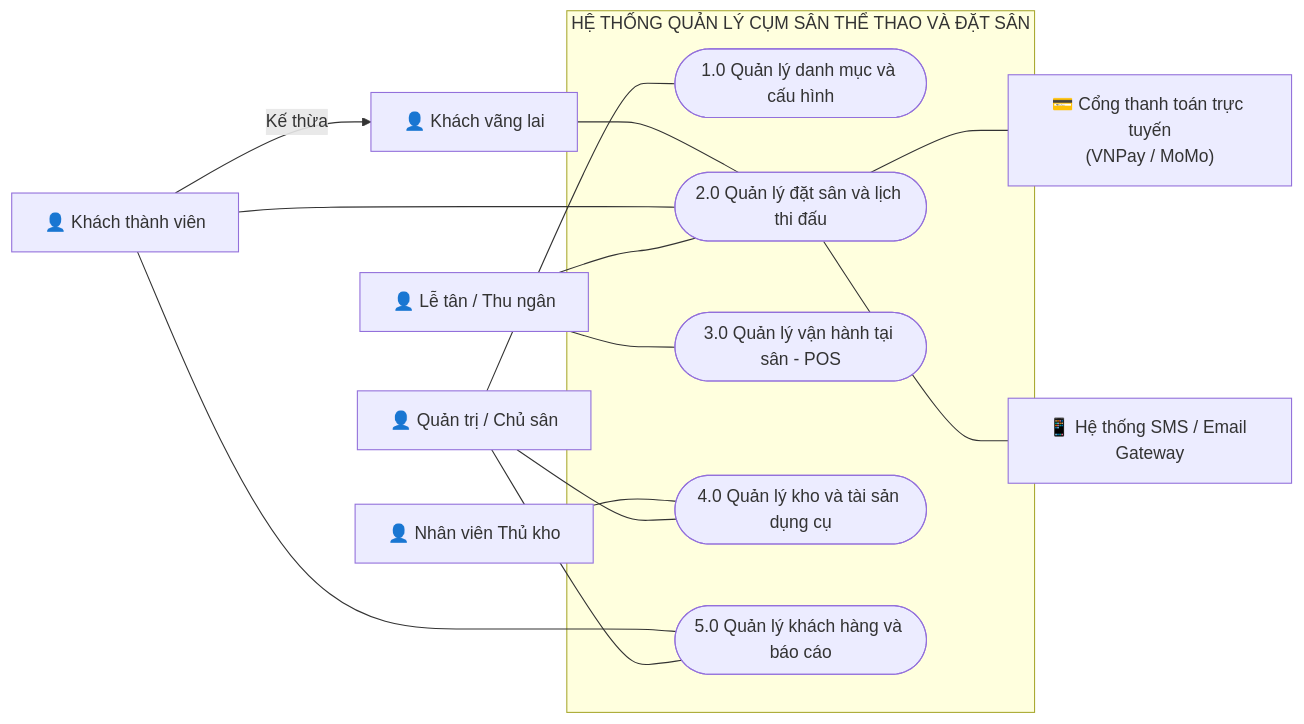
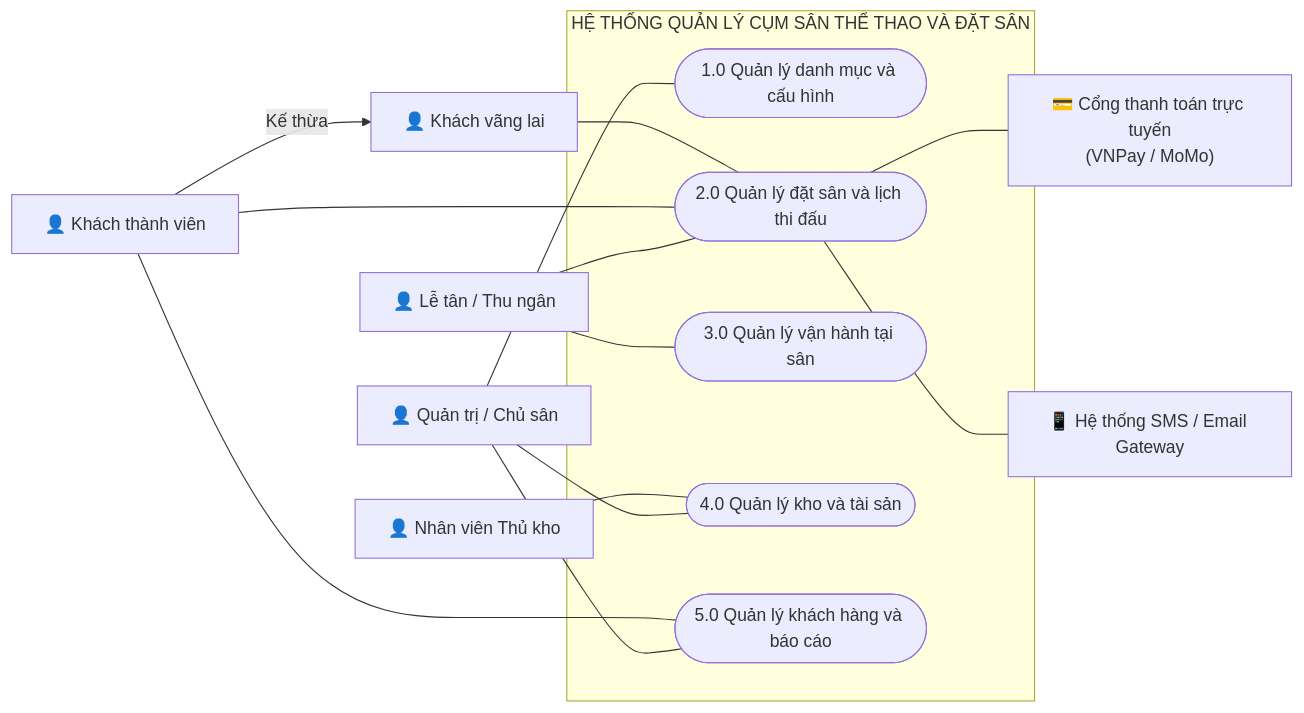
The second of 7 diagrams in BTH/BTH3_UsecaseDiagram/BTH3_UsecaseDiagram.md (nphat-code/DoAn-OOAD-SGU), drawn with Mermaid before and after one commit. The commit also changed other lines of this file, not shown here.

````diff
--- a/BTH/BTH3_UsecaseDiagram/BTH3_UsecaseDiagram.md
+++ b/BTH/BTH3_UsecaseDiagram/BTH3_UsecaseDiagram.md
@@ -49,43 +49,43 @@
 ```mermaid
 flowchart LR
     %% Actors
     ActorGuest["👤 Khách vãng lai"]
     ActorCustomer["👤 Khách thành viên"]
     ActorStaff["👤 Lễ tân / Thu ngân"]
     ActorWarehouse["👤 Nhân viên Thủ kho"]
     ActorAdmin["👤 Quản trị / Chủ sân"]
 
     %% External System Actors
     ActorPayment["💳 Cổng thanh toán trực tuyến<br>(VNPay / MoMo)"]
     ActorNotify["📱 Hệ thống SMS / Email Gateway"]
 
     %% System Boundary bao trùm toàn bộ các Use Case
     subgraph System ["HỆ THỐNG QUẢN LÝ CỤM SÂN THỂ THAO VÀ ĐẶT SÂN"]
         UC1(["1.0 Quản lý danh mục và cấu hình"])
         UC2(["2.0 Quản lý đặt sân và lịch thi đấu"])
-        UC3(["3.0 Quản lý vận hành tại sân - POS"])
-        UC4(["4.0 Quản lý kho và tài sản dụng cụ"])
+        UC3(["3.0 Quản lý vận hành tại sân"])
+        UC4(["4.0 Quản lý kho và tài sản"])
         UC5(["5.0 Quản lý khách hàng và báo cáo"])
     end
 
     %% Actor Inheritance
     ActorCustomer -->|Kế thừa| ActorGuest
 
     %% Connections từ Actor vào Use Case
     ActorGuest --- UC2
     ActorCustomer --- UC2
     ActorCustomer --- UC5
 
     ActorStaff --- UC2
     ActorStaff --- UC3
 
     ActorWarehouse --- UC4
 
     ActorAdmin --- UC1
     ActorAdmin --- UC4
     ActorAdmin --- UC5
 
     %% Connections với Hệ thống ngoài
     UC2 --- ActorPayment
     UC2 --- ActorNotify
 ```
````
